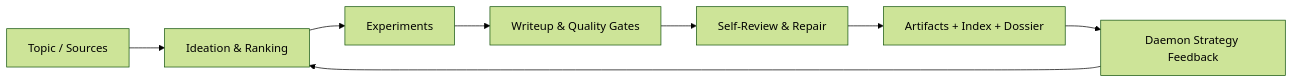
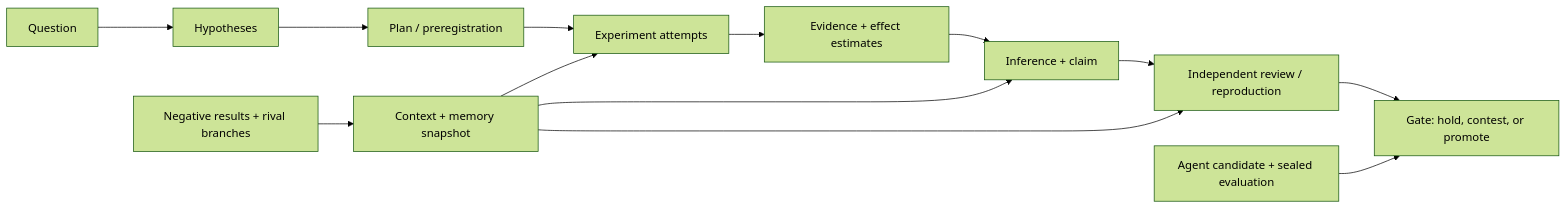
The first of 2 diagrams in README.md (smileformylove/XScientist), drawn with Mermaid (forest theme) before and after one commit. The commit also changed other lines of this file and 2 other files, not shown here.

````diff
--- a/README.md
+++ b/README.md
@@ -87,10 +203,16 @@
 ```mermaid
 flowchart LR
-  A["Topic / Sources"] --> B["Ideation & Ranking"]
-  B --> C["Experiments"]
-  C --> D["Writeup & Quality Gates"]
-  D --> E["Self-Review & Repair"]
-  E --> F["Artifacts + Index + Dossier"]
-  F --> G["Daemon Strategy Feedback"]
-  G --> B
+  Q["Question"] --> H["Hypotheses"]
+  H --> P["Plan / preregistration"]
+  P --> X["Experiment attempts"]
+  X --> E["Evidence + effect estimates"]
+  E --> I["Inference + claim"]
+  I --> R["Independent review / reproduction"]
+  R --> G["Gate: hold, contest, or promote"]
+
+  C["Context + memory snapshot"] --> X
+  C --> I
+  C --> R
+  N["Negative results + rival branches"] --> C
+  V["Agent candidate + sealed evaluation"] --> G
 ```
````
